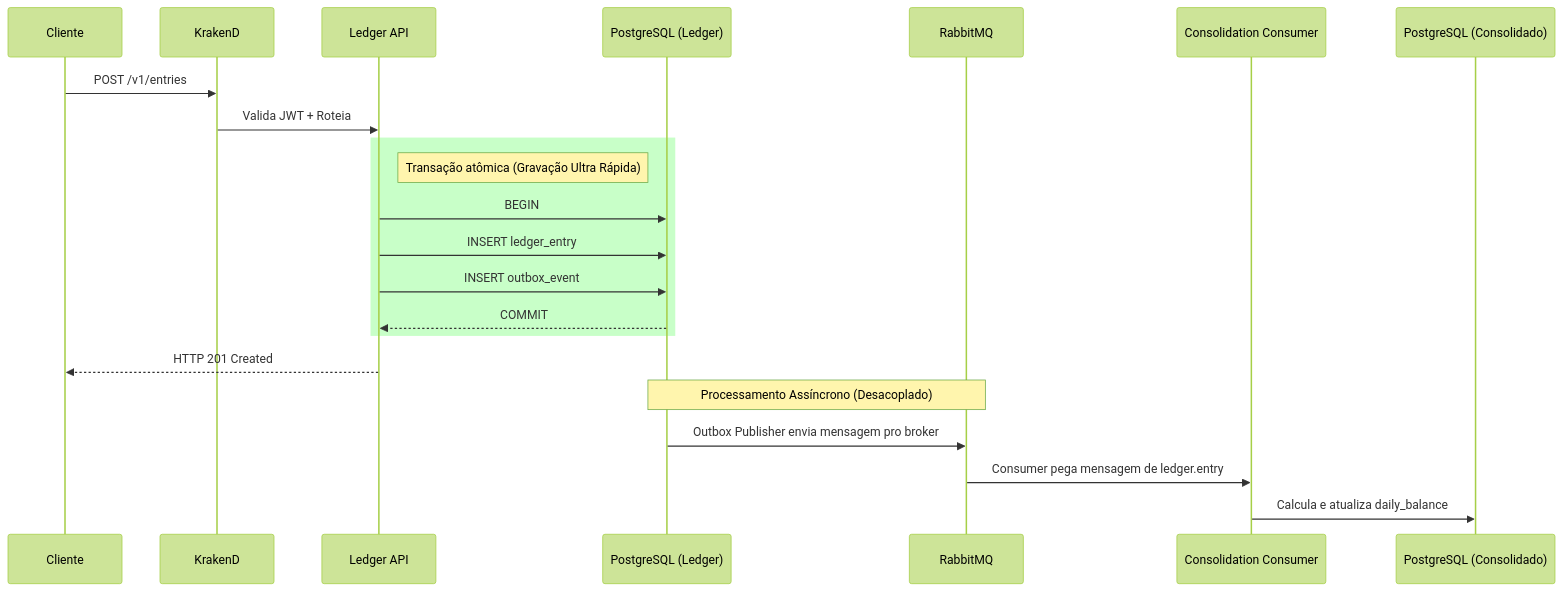
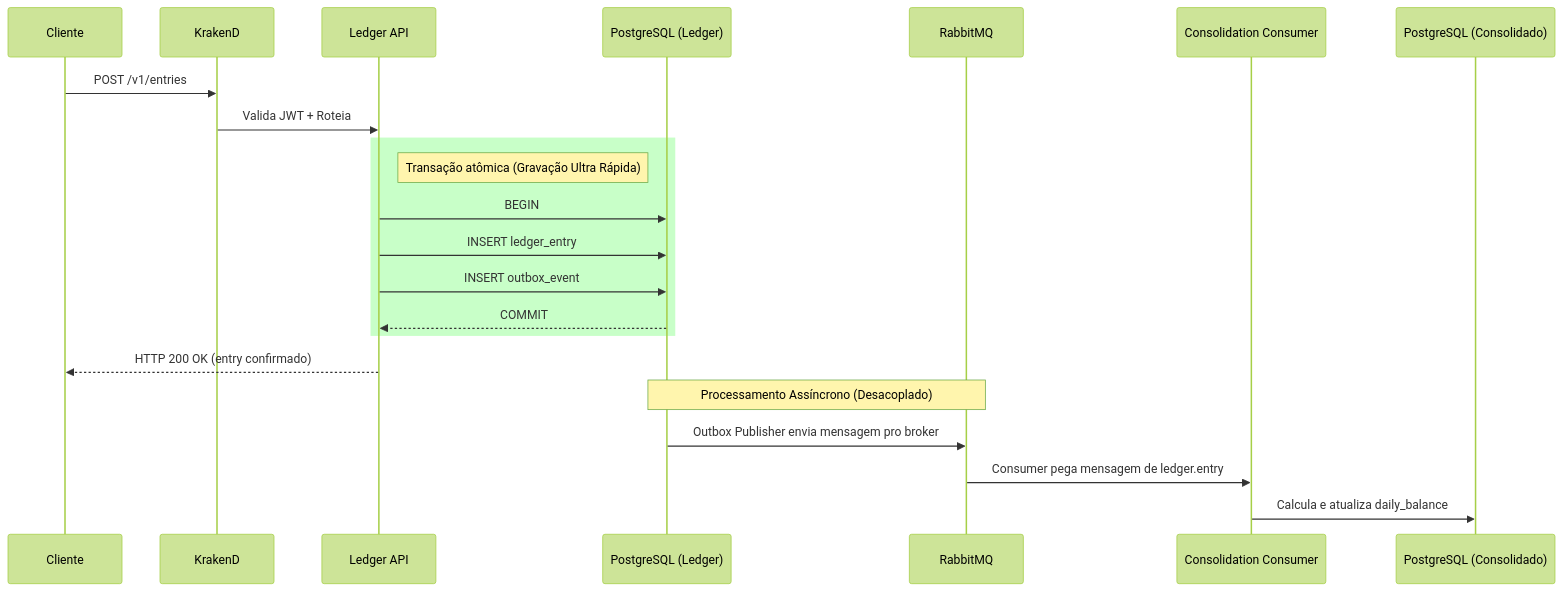
One commit to higordiego/keyrus changed the second of 2 diagrams in docs/arquitetura-alvo.md. Above: the diagram before and after it, drawn with Mermaid (forest theme). The commit also changed 5 other files, not shown here.

````diff
--- a/docs/arquitetura-alvo.md
+++ b/docs/arquitetura-alvo.md
@@ -74,28 +74,28 @@
 ```mermaid
 sequenceDiagram
     participant C as Cliente
     participant Edge as KrakenD
     participant L as Ledger API
     participant DB_L as PostgreSQL (Ledger)
     participant MQ as RabbitMQ
     participant Con as Consolidation Consumer
     participant DB_C as PostgreSQL (Consolidado)
 
     C->>Edge: POST /v1/entries
     Edge->>L: Valida JWT + Roteia
     
     rect rgb(200, 255, 200)
     note right of L: Transação atômica (Gravação Ultra Rápida)
     L->>DB_L: BEGIN
     L->>DB_L: INSERT ledger_entry
     L->>DB_L: INSERT outbox_event
     DB_L-->>L: COMMIT
     end
     
-    L-->>C: HTTP 201 Created
+    L-->>C: HTTP 200 OK (entry confirmado)
 
     note over MQ, DB_L: Processamento Assíncrono (Desacoplado)
     DB_L->>MQ: Outbox Publisher envia mensagem pro broker
     MQ->>Con: Consumer pega mensagem de ledger.entry
     Con->>DB_C: Calcula e atualiza daily_balance
 ```
````
